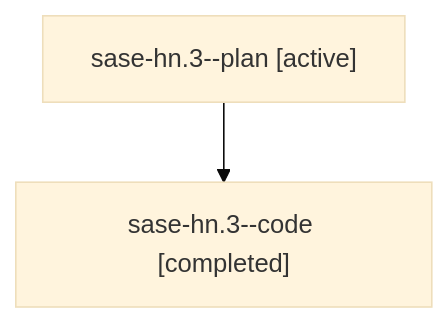
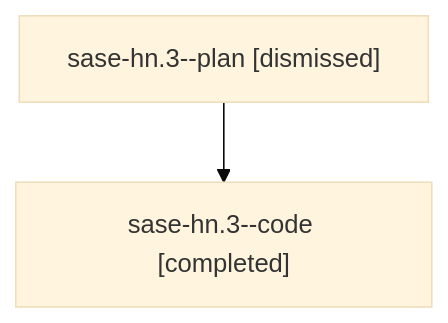
The diagram in sessions/bbugyi200.athena.sase-hn.3.md (sase-org/sase--agents), drawn with Mermaid (base theme) before and after one commit. The commit also changed other lines of this file and 100 other files, not shown here.

````diff
--- a/sessions/bbugyi200.athena.sase-hn.3.md
+++ b/sessions/bbugyi200.athena.sase-hn.3.md
@@ -9,6 +9,6 @@
 ```mermaid
 flowchart TD
-  n0["sase-hn.3--plan [active]"]
+  n0["sase-hn.3--plan [dismissed]"]
   n1["sase-hn.3--code [completed]"]
   n0 --> n1
 ```
````
